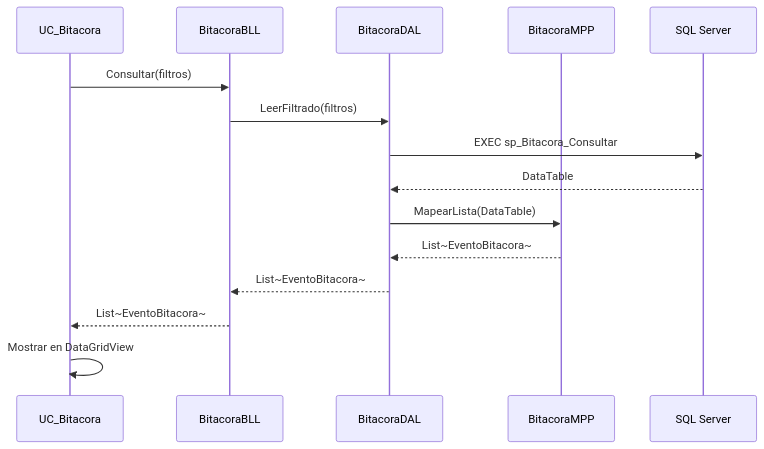
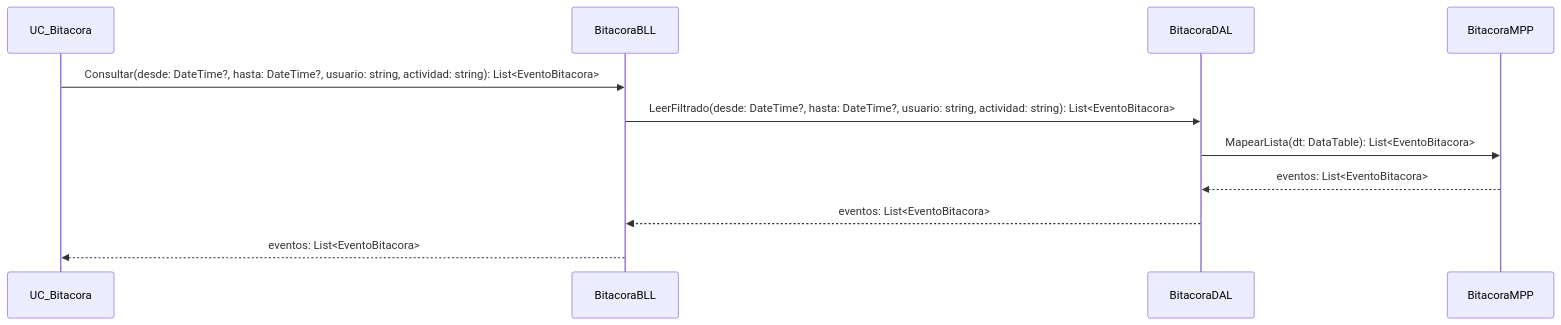
One commit to condenl/Trabajo-Practico-Final changed diagram 16 of 19 in Documentacion/Carpeta_Documentacion.md. Above: the diagram before and after it, drawn with Mermaid. The commit also changed other lines of this file and 3 other files, not shown here.

Commit message:
Cambios: + Diagramas de clase - indicar todos los metodos + DS incluir firmas + Agregar alta de idioma DS + Agregar idioma y cerrar sesion, reflejar cambios + Mantener el idioma seleccionado

````diff
--- a/Documentacion/Carpeta_Documentacion.md
+++ b/Documentacion/Carpeta_Documentacion.md
@@ -2395,18 +2495,14 @@
 ```mermaid
 sequenceDiagram
     participant UI as UC_Bitacora
     participant BitaBLL as BitacoraBLL
     participant BitaDAL as BitacoraDAL
     participant MPP as BitacoraMPP
-    participant BD as SQL Server
 
-    UI->>BitaBLL: Consultar(filtros)
-    BitaBLL->>BitaDAL: LeerFiltrado(filtros)
-    BitaDAL->>BD: EXEC sp_Bitacora_Consultar
-    BD-->>BitaDAL: DataTable
-    BitaDAL->>MPP: MapearLista(DataTable)
-    MPP-->>BitaDAL: List~EventoBitacora~
-    BitaDAL-->>BitaBLL: List~EventoBitacora~
-    BitaBLL-->>UI: List~EventoBitacora~
-    UI->>UI: Mostrar en DataGridView
+    UI->>BitaBLL: Consultar(desde: DateTime?, hasta: DateTime?, usuario: string, actividad: string): List<EventoBitacora>
+    BitaBLL->>BitaDAL: LeerFiltrado(desde: DateTime?, hasta: DateTime?, usuario: string, actividad: string): List<EventoBitacora>
+    BitaDAL->>MPP: MapearLista(dt: DataTable): List<EventoBitacora>
+    MPP-->>BitaDAL: eventos: List<EventoBitacora>
+    BitaDAL-->>BitaBLL: eventos: List<EventoBitacora>
+    BitaBLL-->>UI: eventos: List<EventoBitacora>
 ```
````
